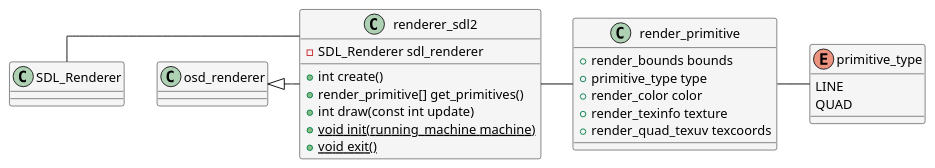
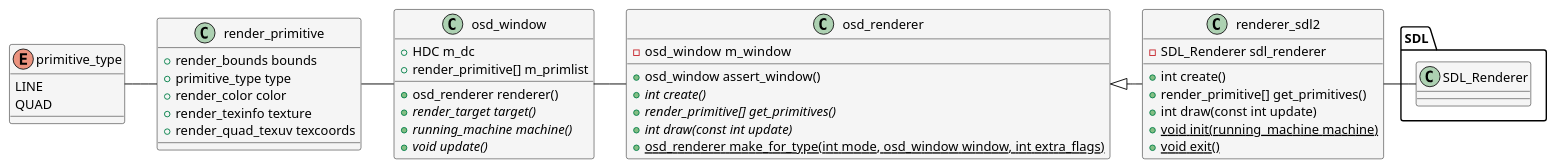
The diagram in Streaming/UML/class_rendering.puml (mikymaione/MAMEStreamingPlatform), drawn with PlantUML before and after one commit. The commit also changed 11 other files, not shown here.

```diff
--- a/Streaming/UML/class_rendering.puml
+++ b/Streaming/UML/class_rendering.puml
@@ -1,40 +1,64 @@
 @startuml
 skinparam Shadowing false
 skinparam LineType ortho
 skinparam ArrowColor black
 
 skinparam class {
     BackgroundColor WhiteSmoke
     BorderColor black
 }
 
 class renderer_sdl2 {
 	-SDL_Renderer sdl_renderer
 	
 	+int create()
 	+render_primitive[] get_primitives()    
 	+int draw(const int update)
 	{static} +void init(running_machine machine)
 	{static} +void exit()
 }
 
 enum primitive_type
 {
 	LINE
 	QUAD
 }
 
 class render_primitive {
 	+render_bounds bounds
 	+primitive_type type
 	+render_color color
 	+render_texinfo texture
 	+render_quad_texuv texcoords
 }
 
+class osd_renderer {
+    -osd_window  m_window
+    +osd_window assert_window()
+    {abstract} +int create()
+    {abstract} +render_primitive[] get_primitives()
+    {abstract} +int draw(const int update)
+    {static} +osd_renderer make_for_type(int mode, osd_window window, int extra_flags)
+}
+
+class osd_window {
+    +HDC m_dc
+    +render_primitive[] m_primlist
+    +osd_renderer renderer()        
+    {abstract} +render_target target()    
+    {abstract} +running_machine machine()
+    {abstract} +void update()    
+}
+
+package SDL {
+	class SDL_Renderer
+}
+
 renderer_sdl2 -l-|> osd_renderer
-renderer_sdl2 -r- render_primitive
-renderer_sdl2 -l- SDL_Renderer
-render_primitive -r- primitive_type
+renderer_sdl2 -r- SDL_Renderer
+
+osd_renderer -l- osd_window
+osd_window -l- render_primitive
+render_primitive -l- primitive_type
 
 @enduml
```
